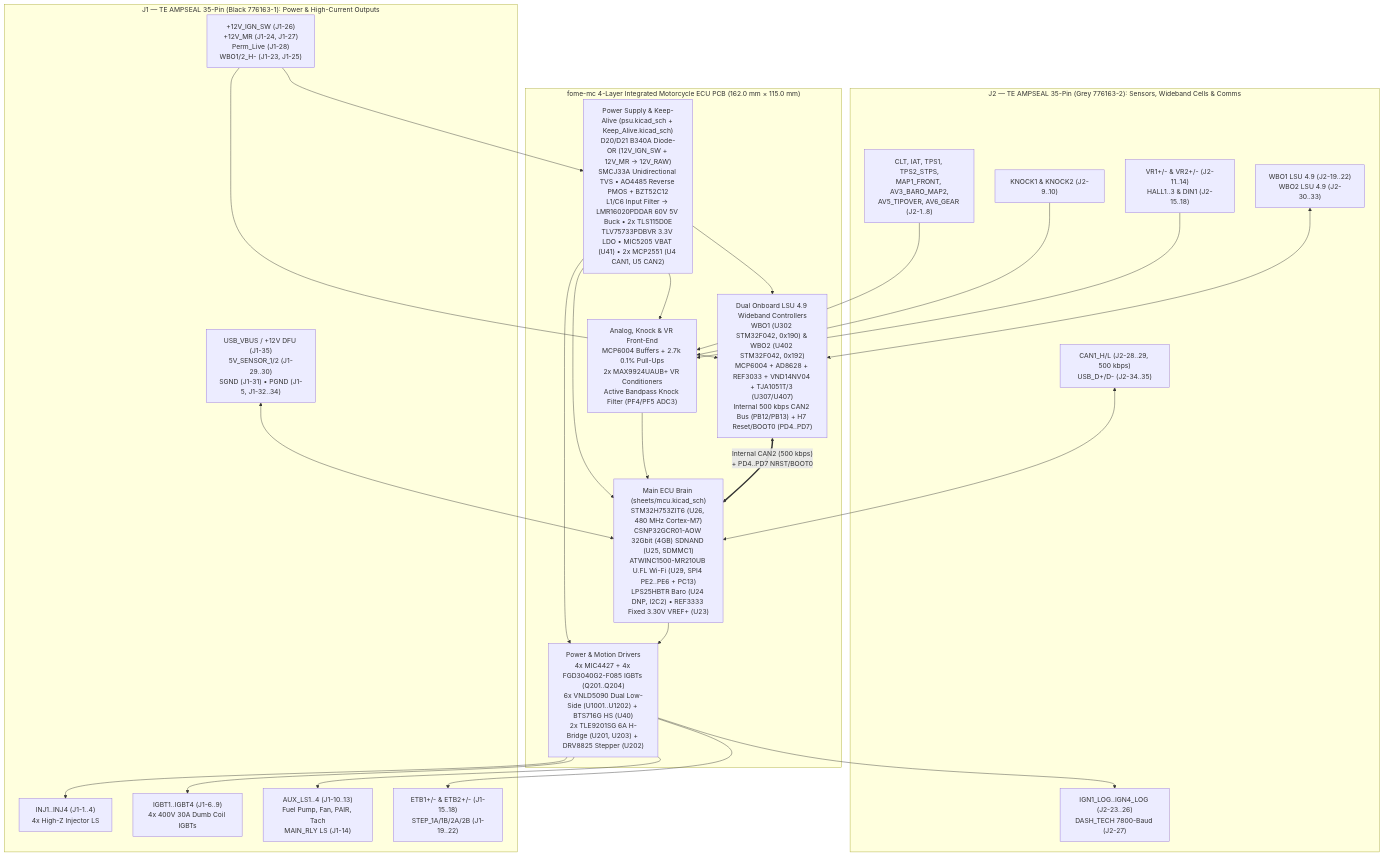
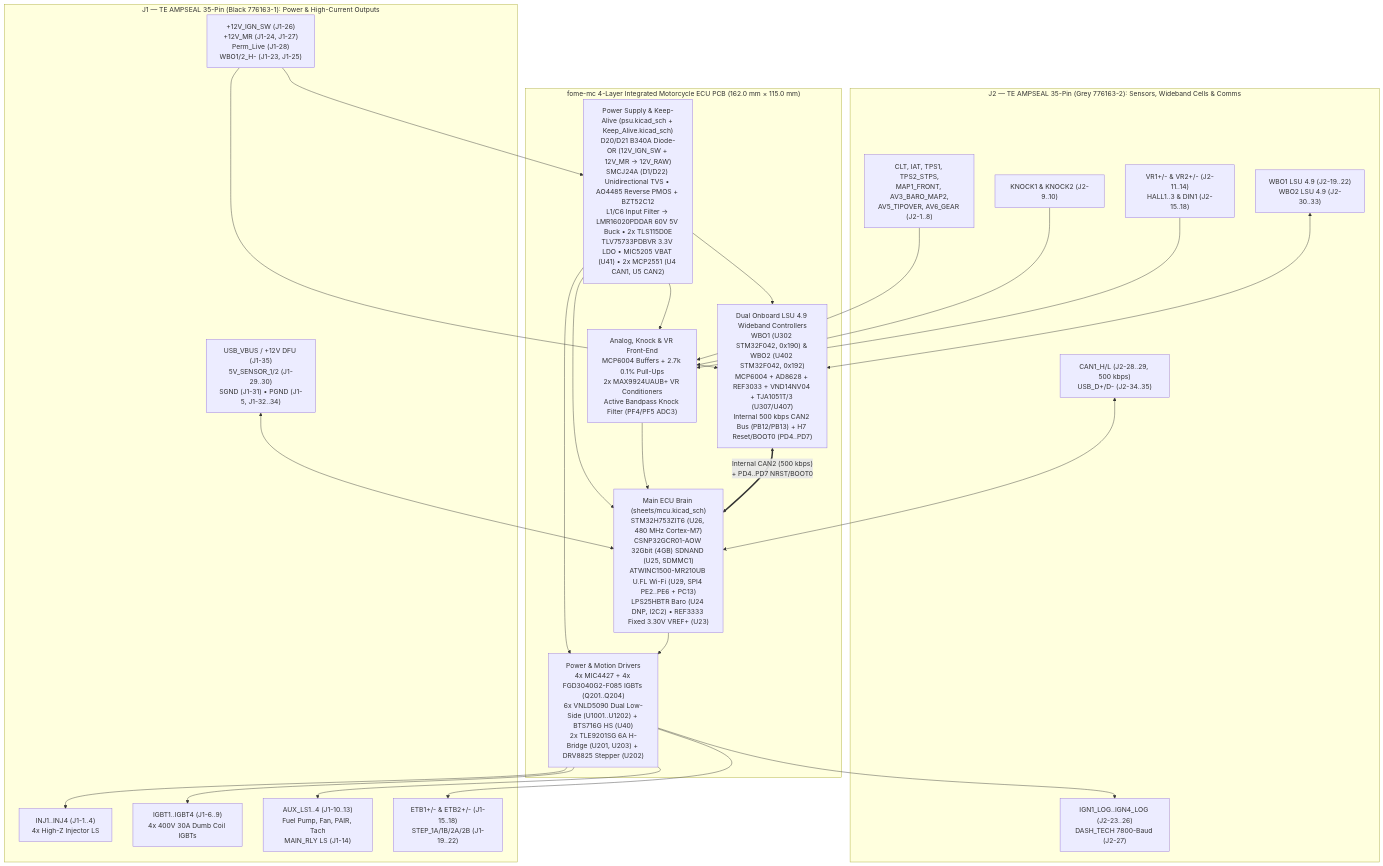
Before and after one commit to halbritt/fome-mc: the diagram in README.md, drawn with Mermaid. The commit also changed other lines of this file and 8 other files, not shown here.

````diff
--- a/README.md
+++ b/README.md
@@ -29,38 +29,38 @@
 ```mermaid
 flowchart TB
     subgraph J1["J1 — TE AMPSEAL 35-Pin (Black 776163-1): Power & High-Current Outputs"]
         J1_PWR["+12V_IGN_SW (J1-26)<br/>+12V_MR (J1-24, J1-27)<br/>Perm_Live (J1-28)<br/>WBO1/2_H- (J1-23, J1-25)"]
         J1_INJ["INJ1..INJ4 (J1-1..4)<br/>4x High-Z Injector LS"]
         J1_IGBT["IGBT1..IGBT4 (J1-6..9)<br/>4x 400V 30A Dumb Coil IGBTs"]
         J1_AUX["AUX_LS1..4 (J1-10..13)<br/>Fuel Pump, Fan, PAIR, Tach<br/>MAIN_RLY LS (J1-14)"]
         J1_MOT["ETB1+/- & ETB2+/- (J1-15..18)<br/>STEP_1A/1B/2A/2B (J1-19..22)"]
         J1_DFU["USB_VBUS / +12V DFU (J1-35)<br/>5V_SENSOR_1/2 (J1-29..30)<br/>SGND (J1-31) • PGND (J1-5, J1-32..34)"]
     end
 
     subgraph J2["J2 — TE AMPSEAL 35-Pin (Grey 776163-2): Sensors, Wideband Cells & Comms"]
         J2_ANA["CLT, IAT, TPS1, TPS2_STPS,<br/>MAP1_FRONT, AV3_BARO_MAP2,<br/>AV5_TIPOVER, AV6_GEAR (J2-1..8)"]
         J2_KNK["KNOCK1 & KNOCK2 (J2-9..10)"]
         J2_TRG["VR1+/- & VR2+/- (J2-11..14)<br/>HALL1..3 & DIN1 (J2-15..18)"]
         J2_WBO["WBO1 LSU 4.9 (J2-19..22)<br/>WBO2 LSU 4.9 (J2-30..33)"]
         J2_IGN["IGN1_LOG..IGN4_LOG (J2-23..26)<br/>DASH_TECH 7800-Baud (J2-27)"]
         J2_COM["CAN1_H/L (J2-28..29, 500 kbps)<br/>USB_D+/D- (J2-34..35)"]
     end
 
     subgraph PCB["fome-mc 4-Layer Integrated Motorcycle ECU PCB (162.0 mm × 115.0 mm)"]
-        PSU["Power Supply & Keep-Alive (psu.kicad_sch + Keep_Alive.kicad_sch)<br/>D20/D21 B340A Diode-OR (12V_IGN_SW + 12V_MR -> 12V_RAW)<br/>SMCJ33A Unidirectional TVS • AO4485 Reverse PMOS + BZT52C12<br/>L1/C6 Input Filter -> LMR16020PDDAR 60V 5V Buck • 2x TLS115D0E<br/>TLV75733PDBVR 3.3V LDO • MIC5205 VBAT (U41) • 2x MCP2551 (U4 CAN1, U5 CAN2)"]
+        PSU["Power Supply & Keep-Alive (psu.kicad_sch + Keep_Alive.kicad_sch)<br/>D20/D21 B340A Diode-OR (12V_IGN_SW + 12V_MR -> 12V_RAW)<br/>SMCJ24A (D1/D22) Unidirectional TVS • AO4485 Reverse PMOS + BZT52C12<br/>L1/C6 Input Filter -> LMR16020PDDAR 60V 5V Buck • 2x TLS115D0E<br/>TLV75733PDBVR 3.3V LDO • MIC5205 VBAT (U41) • 2x MCP2551 (U4 CAN1, U5 CAN2)"]
         MCU["Main ECU Brain (sheets/mcu.kicad_sch)<br/>STM32H753ZIT6 (U26, 480 MHz Cortex-M7)<br/>CSNP32GCR01-AOW 32Gbit (4GB) SDNAND (U25, SDMMC1)<br/>ATWINC1500-MR210UB U.FL Wi-Fi (U29, SPI4 PE2..PE6 + PC13)<br/>LPS25HBTR Baro (U24 DNP, I2C2) • REF3333 Fixed 3.30V VREF+ (U23)"]
         AFE["Analog, Knock & VR Front-End<br/>MCP6004 Buffers + 2.7k 0.1% Pull-Ups<br/>2x MAX9924UAUB+ VR Conditioners<br/>Active Bandpass Knock Filter (PF4/PF5 ADC3)"]
         DRV["Power & Motion Drivers<br/>4x MIC4427 + 4x FGD3040G2-F085 IGBTs (Q201..Q204)<br/>6x VNLD5090 Dual Low-Side (U1001..U1202) + BTS716G HS (U40)<br/>2x TLE9201SG 6A H-Bridge (U201, U203) + DRV8825 Stepper (U202)"]
         WBO["Dual Onboard LSU 4.9 Wideband Controllers<br/>WBO1 (U302 STM32F042, 0x190) & WBO2 (U402 STM32F042, 0x192)<br/>MCP6004 + AD8628 + REF3033 + VND14NV04 + TJA1051T/3 (U307/U407)<br/>Internal 500 kbps CAN2 Bus (PB12/PB13) + H7 Reset/BOOT0 (PD4..PD7)"]
     end
 
     J1_PWR --> PSU
     PSU --> MCU & AFE & DRV & WBO
     J2_ANA & J2_KNK & J2_TRG --> AFE --> MCU
     J2_WBO <--> WBO
     J1_PWR --> WBO
     WBO <==>|"Internal CAN2 (500 kbps)<br/>+ PD4..PD7 NRST/BOOT0"| MCU
     MCU --> DRV
     DRV --> J1_INJ & J1_IGBT & J1_AUX & J1_MOT & J2_IGN
     J2_COM & J1_DFU <--> MCU
 ```
````
